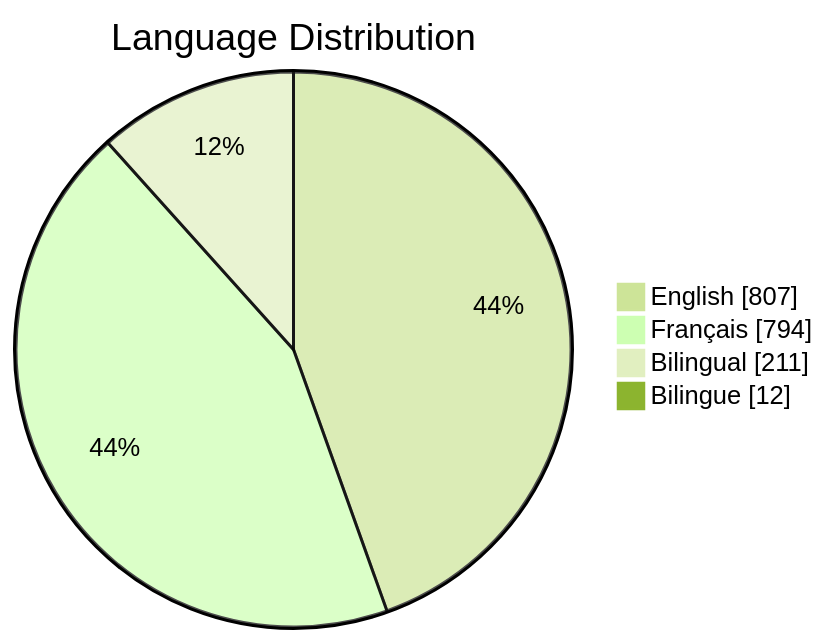
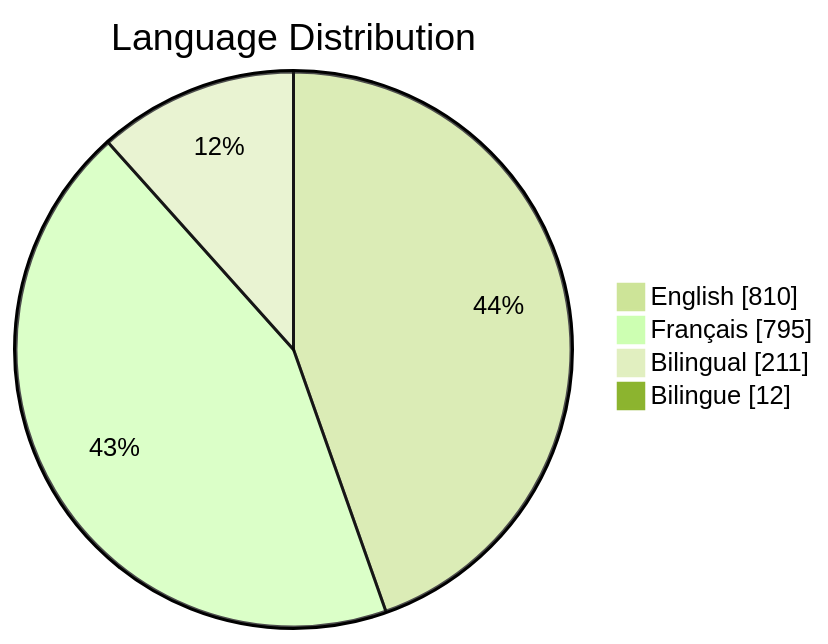
The third of 6 diagrams in README.md (PatLittle/GC-Socials), drawn with Mermaid (forest theme) before and after one commit. The commit also changed other lines of this file, not shown here.

Commit message:
Update README with Platform Distribution pie chart

````diff
--- a/README.md
+++ b/README.md
@@ -63,7 +63,7 @@
 ```mermaid
 pie showData title Language Distribution
-    "English": 807
-    "Français": 794
+    "English": 810
+    "Français": 795
     "Bilingual": 211
     "Bilingue": 12
 ```
````
